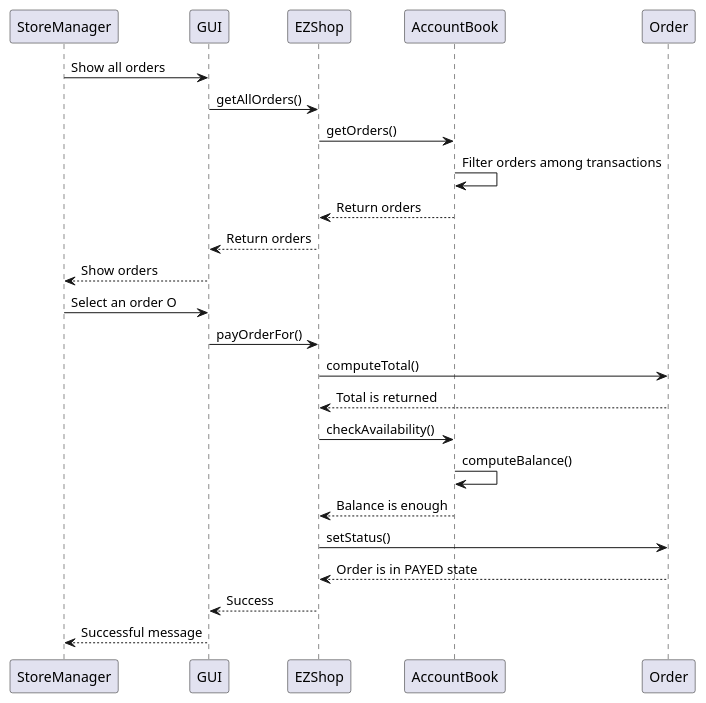
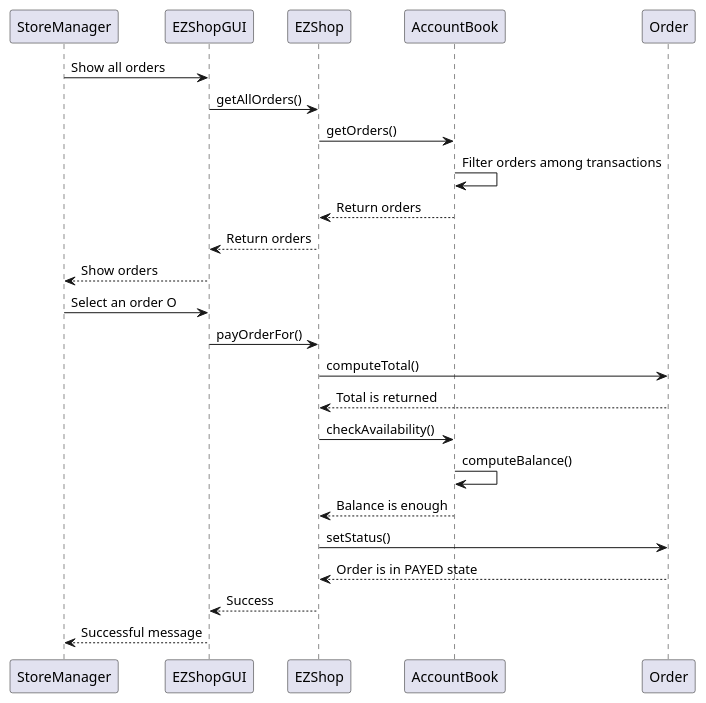
One commit to polito-se2-21-r03/se1-ezshop changed the fifth of 8 diagrams in Deliverables/DesignDocument.md. Above: the diagram before and after it, drawn with PlantUML. The commit also changed other lines of this file, not shown here.

````diff
--- a/Deliverables/DesignDocument.md
+++ b/Deliverables/DesignDocument.md
@@ -336,22 +369,22 @@
 ```plantuml
 
-StoreManager -> GUI: Show all orders
-GUI -> EZShop: getAllOrders()
+StoreManager -> EZShopGUI: Show all orders
+EZShopGUI -> EZShop: getAllOrders()
 EZShop -> AccountBook: getOrders()
 AccountBook -> AccountBook: Filter orders among transactions
 AccountBook --> EZShop: Return orders
-EZShop --> GUI: Return orders
-GUI --> StoreManager: Show orders
-StoreManager -> GUI: Select an order O
-GUI -> EZShop: payOrderFor()
+EZShop --> EZShopGUI: Return orders
+EZShopGUI --> StoreManager: Show orders
+StoreManager -> EZShopGUI: Select an order O
+EZShopGUI -> EZShop: payOrderFor()
 EZShop -> Order: computeTotal()
 Order --> EZShop: Total is returned
 EZShop -> AccountBook: checkAvailability()
 AccountBook -> AccountBook: computeBalance()
 AccountBook --> EZShop: Balance is enough
 EZShop -> Order: setStatus()
 Order --> EZShop: Order is in PAYED state
-EZShop --> GUI: Success
-GUI --> StoreManager: Successful message
+EZShop --> EZShopGUI: Success
+EZShopGUI --> StoreManager: Successful message
 
 ```
````
